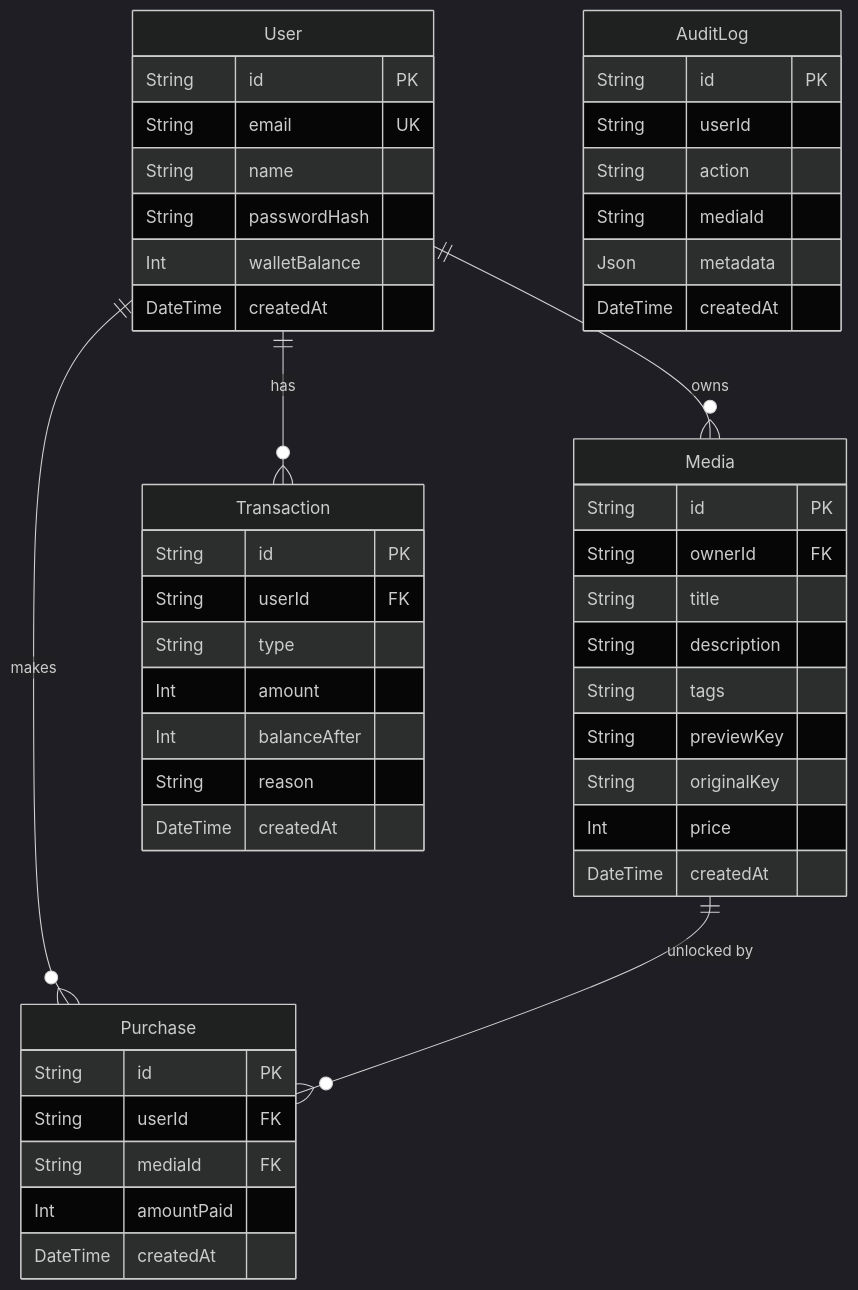
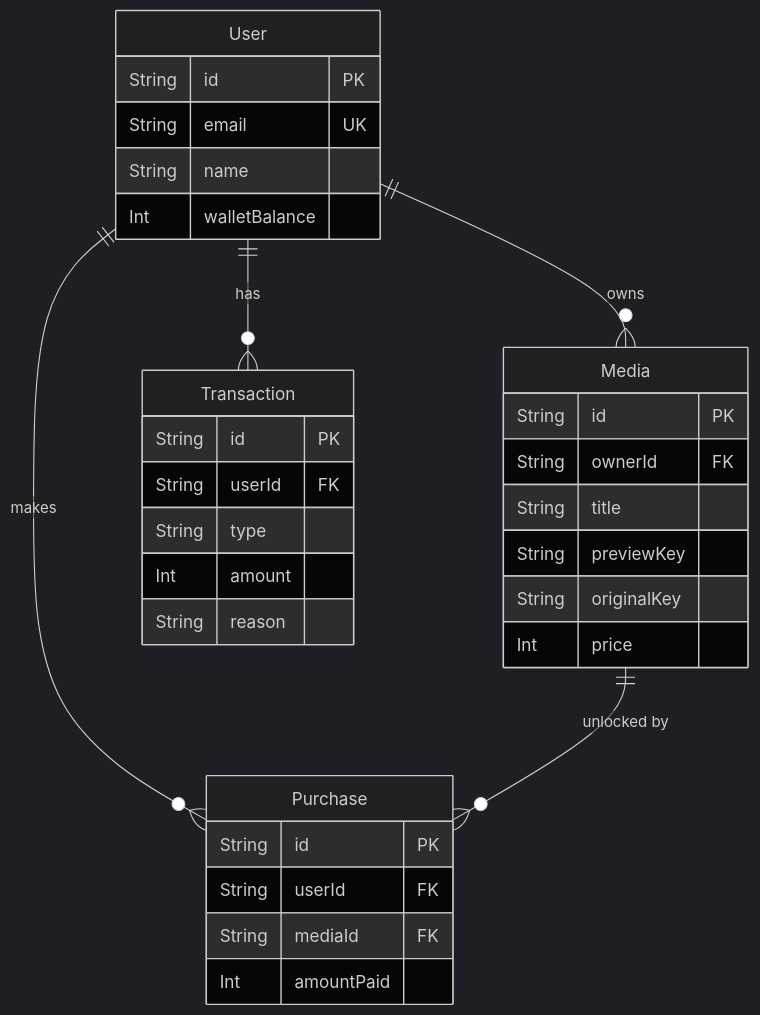
The second of 2 diagrams in README.md (talibuilds/FAZE), drawn with Mermaid (dark theme) before and after one commit. The commit also changed other lines of this file, not shown here.

````diff
--- a/README.md
+++ b/README.md
@@ -137,55 +103,38 @@
 ```mermaid
 erDiagram
     User ||--o{ Media : "owns"
     User ||--o{ Purchase : "makes"
     User ||--o{ Transaction : "has"
     Media ||--o{ Purchase : "unlocked by"
 
     User {
         String id PK
         String email UK
         String name
-        String passwordHash
         Int walletBalance
-        DateTime createdAt
     }
     
     Media {
         String id PK
         String ownerId FK
         String title
-        String description
-        String tags
         String previewKey
         String originalKey
         Int price
-        DateTime createdAt
     }
     
     Purchase {
         String id PK
         String userId FK
         String mediaId FK
         Int amountPaid
-        DateTime createdAt
     }
     
     Transaction {
         String id PK
         String userId FK
         String type
         Int amount
-        Int balanceAfter
         String reason
-        DateTime createdAt
-    }
-    
-    AuditLog {
-        String id PK
-        String userId
-        String action
-        String mediaId
-        Json metadata
-        DateTime createdAt
     }
 ```
````
